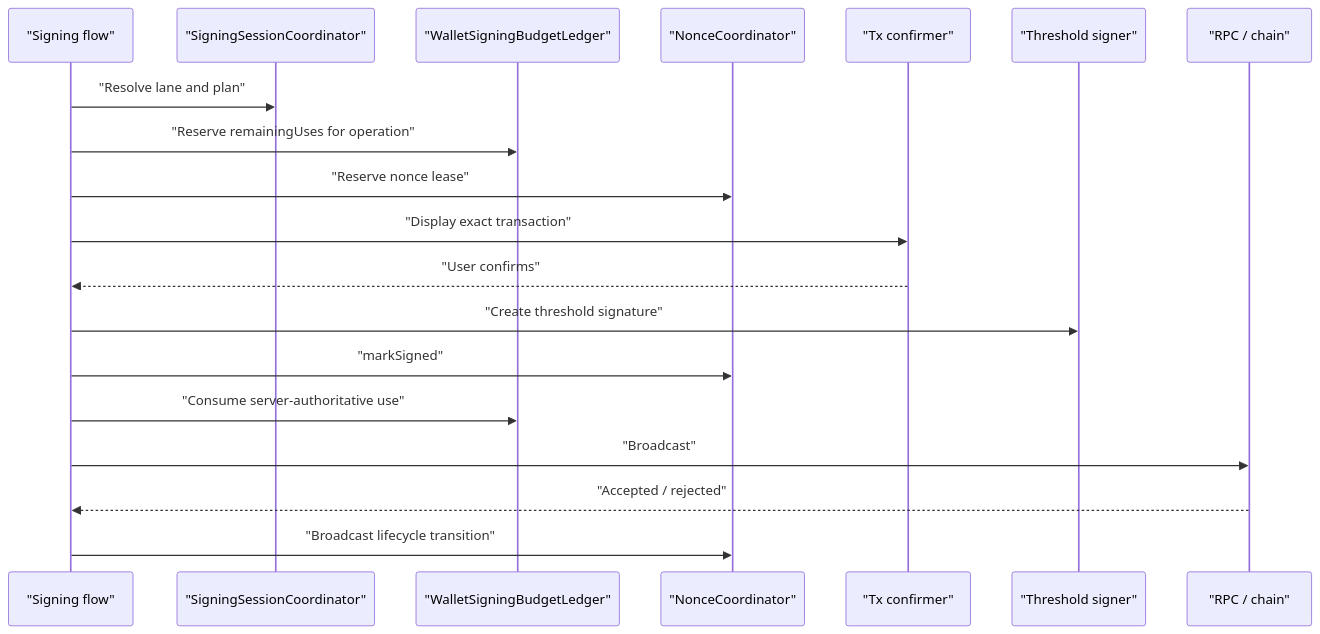
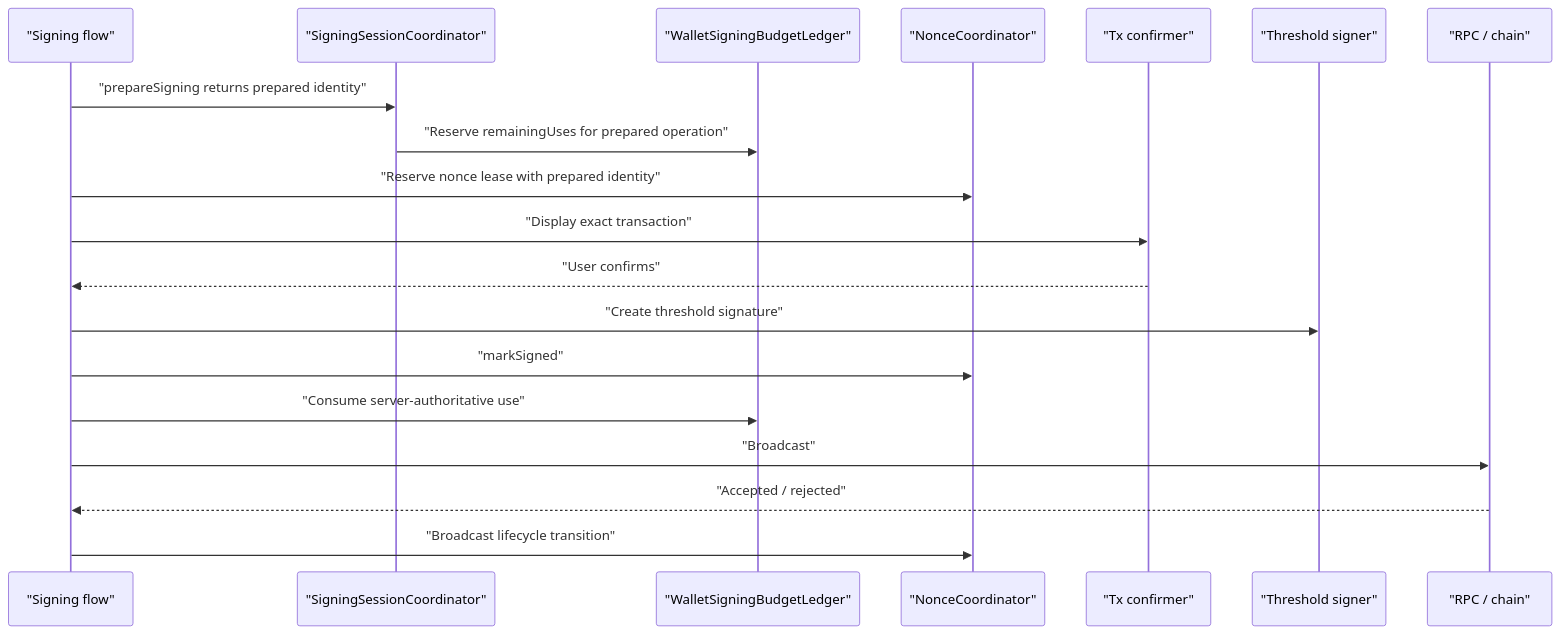
Before and after one commit to seams-tech/seams-sdk: the fourth of 4 diagrams in docs/nonce-coordinator.md, drawn with Mermaid. The commit also changed other lines of this file and 4 other files, not shown here.

First line of the commit message:
docs: update signing session and quota follow-up plans

````diff
--- a/docs/nonce-coordinator.md
+++ b/docs/nonce-coordinator.md
@@ -312,22 +312,22 @@
 ```mermaid
 sequenceDiagram
   participant Flow as "Signing flow"
   participant Session as "SigningSessionCoordinator"
   participant Budget as "WalletSigningBudgetLedger"
   participant Nonce as "NonceCoordinator"
   participant Confirm as "Tx confirmer"
   participant Signer as "Threshold signer"
   participant Chain as "RPC / chain"
 
-  Flow->>Session: "Resolve lane and plan"
-  Flow->>Budget: "Reserve remainingUses for operation"
-  Flow->>Nonce: "Reserve nonce lease"
+  Flow->>Session: "prepareSigning returns prepared identity"
+  Session->>Budget: "Reserve remainingUses for prepared operation"
+  Flow->>Nonce: "Reserve nonce lease with prepared identity"
   Flow->>Confirm: "Display exact transaction"
   Confirm-->>Flow: "User confirms"
   Flow->>Signer: "Create threshold signature"
   Flow->>Nonce: "markSigned"
   Flow->>Budget: "Consume server-authoritative use"
   Flow->>Chain: "Broadcast"
   Chain-->>Flow: "Accepted / rejected"
   Flow->>Nonce: "Broadcast lifecycle transition"
 ```
````
